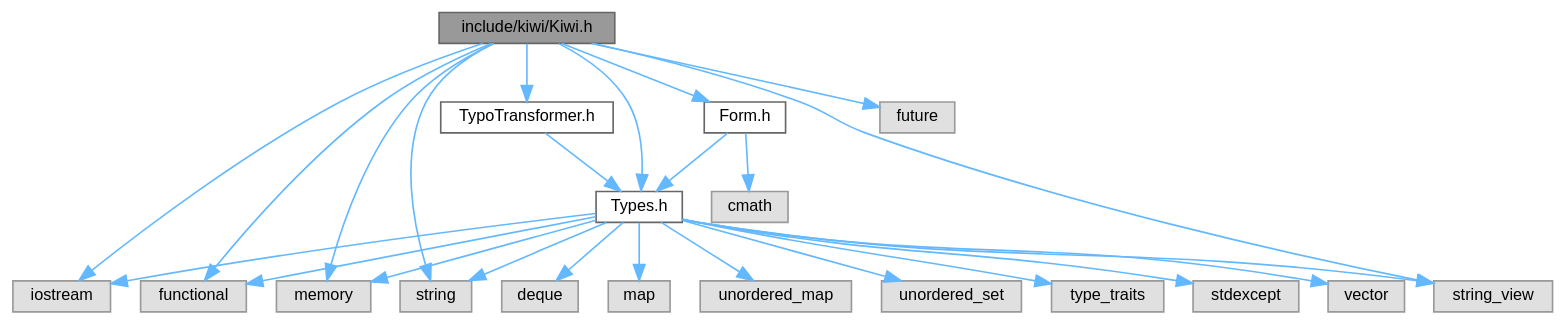
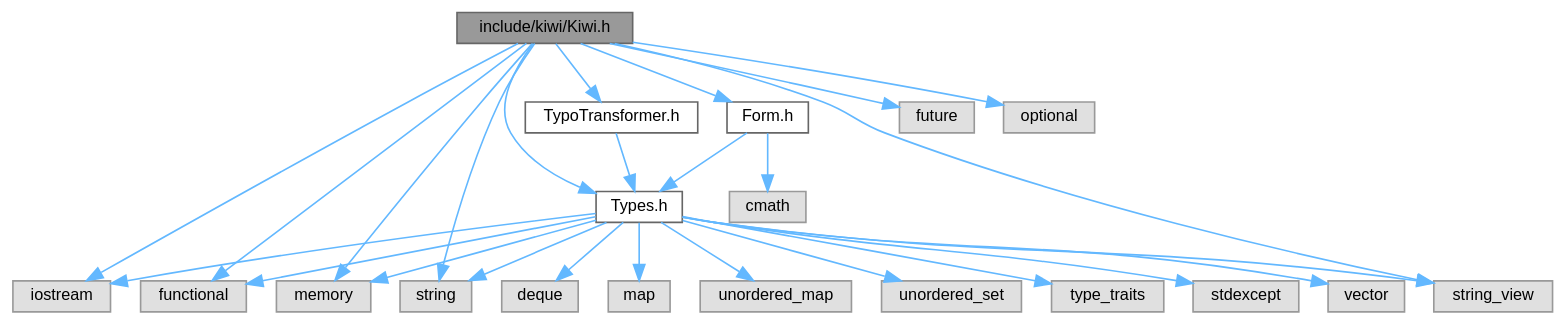
One commit to bab2min/Kiwi changed the diagram in Kiwi_8h__incl.dot. Above: the diagram before and after it, drawn with Graphviz. The commit also changed 150 other files, not shown here.

```diff
--- a/Kiwi_8h__incl.dot
+++ b/Kiwi_8h__incl.dot
@@ -1,49 +1,51 @@
 digraph "include/kiwi/Kiwi.h"
 {
  // LATEX_PDF_SIZE
   bgcolor="transparent";
   edge [fontname=Helvetica,fontsize=10,labelfontname=Helvetica,labelfontsize=10];
   node [fontname=Helvetica,fontsize=10,shape=box,height=0.2,width=0.4];
   Node1 [id="Node000001",label="include/kiwi/Kiwi.h",height=0.2,width=0.4,color="gray40", fillcolor="grey60", style="filled", fontcolor="black",tooltip="Kiwi C++ API를 담고 있는 헤더 파일"];
   Node1 -> Node2 [id="edge1_Node000001_Node000002",color="steelblue1",style="solid",tooltip=" "];
   Node2 [id="Node000002",label="iostream",height=0.2,width=0.4,color="grey60", fillcolor="#E0E0E0", style="filled",tooltip=" "];
   Node1 -> Node3 [id="edge2_Node000001_Node000003",color="steelblue1",style="solid",tooltip=" "];
   Node3 [id="Node000003",label="future",height=0.2,width=0.4,color="grey60", fillcolor="#E0E0E0", style="filled",tooltip=" "];
   Node1 -> Node4 [id="edge3_Node000001_Node000004",color="steelblue1",style="solid",tooltip=" "];
   Node4 [id="Node000004",label="functional",height=0.2,width=0.4,color="grey60", fillcolor="#E0E0E0", style="filled",tooltip=" "];
   Node1 -> Node5 [id="edge4_Node000001_Node000005",color="steelblue1",style="solid",tooltip=" "];
   Node5 [id="Node000005",label="memory",height=0.2,width=0.4,color="grey60", fillcolor="#E0E0E0", style="filled",tooltip=" "];
   Node1 -> Node6 [id="edge5_Node000001_Node000006",color="steelblue1",style="solid",tooltip=" "];
   Node6 [id="Node000006",label="string",height=0.2,width=0.4,color="grey60", fillcolor="#E0E0E0", style="filled",tooltip=" "];
   Node1 -> Node7 [id="edge6_Node000001_Node000007",color="steelblue1",style="solid",tooltip=" "];
   Node7 [id="Node000007",label="string_view",height=0.2,width=0.4,color="grey60", fillcolor="#E0E0E0", style="filled",tooltip=" "];
   Node1 -> Node8 [id="edge7_Node000001_Node000008",color="steelblue1",style="solid",tooltip=" "];
-  Node8 [id="Node000008",label="Types.h",height=0.2,width=0.4,color="grey40", fillcolor="white", style="filled",URL="$Types_8h.html",tooltip="Kiwi C++ API에 쓰이는 주요 타입들을 모아놓은 헤더 파일"];
-  Node8 -> Node9 [id="edge8_Node000008_Node000009",color="steelblue1",style="solid",tooltip=" "];
-  Node9 [id="Node000009",label="vector",height=0.2,width=0.4,color="grey60", fillcolor="#E0E0E0", style="filled",tooltip=" "];
-  Node8 -> Node10 [id="edge9_Node000008_Node000010",color="steelblue1",style="solid",tooltip=" "];
-  Node10 [id="Node000010",label="deque",height=0.2,width=0.4,color="grey60", fillcolor="#E0E0E0", style="filled",tooltip=" "];
-  Node8 -> Node11 [id="edge10_Node000008_Node000011",color="steelblue1",style="solid",tooltip=" "];
-  Node11 [id="Node000011",label="map",height=0.2,width=0.4,color="grey60", fillcolor="#E0E0E0", style="filled",tooltip=" "];
-  Node8 -> Node12 [id="edge11_Node000008_Node000012",color="steelblue1",style="solid",tooltip=" "];
-  Node12 [id="Node000012",label="unordered_map",height=0.2,width=0.4,color="grey60", fillcolor="#E0E0E0", style="filled",tooltip=" "];
-  Node8 -> Node13 [id="edge12_Node000008_Node000013",color="steelblue1",style="solid",tooltip=" "];
-  Node13 [id="Node000013",label="unordered_set",height=0.2,width=0.4,color="grey60", fillcolor="#E0E0E0", style="filled",tooltip=" "];
-  Node8 -> Node6 [id="edge13_Node000008_Node000006",color="steelblue1",style="solid",tooltip=" "];
-  Node8 -> Node7 [id="edge14_Node000008_Node000007",color="steelblue1",style="solid",tooltip=" "];
-  Node8 -> Node5 [id="edge15_Node000008_Node000005",color="steelblue1",style="solid",tooltip=" "];
-  Node8 -> Node14 [id="edge16_Node000008_Node000014",color="steelblue1",style="solid",tooltip=" "];
-  Node14 [id="Node000014",label="type_traits",height=0.2,width=0.4,color="grey60", fillcolor="#E0E0E0", style="filled",tooltip=" "];
-  Node8 -> Node4 [id="edge17_Node000008_Node000004",color="steelblue1",style="solid",tooltip=" "];
-  Node8 -> Node15 [id="edge18_Node000008_Node000015",color="steelblue1",style="solid",tooltip=" "];
-  Node15 [id="Node000015",label="stdexcept",height=0.2,width=0.4,color="grey60", fillcolor="#E0E0E0", style="filled",tooltip=" "];
-  Node8 -> Node2 [id="edge19_Node000008_Node000002",color="steelblue1",style="solid",tooltip=" "];
-  Node1 -> Node16 [id="edge20_Node000001_Node000016",color="steelblue1",style="solid",tooltip=" "];
-  Node16 [id="Node000016",label="Form.h",height=0.2,width=0.4,color="grey40", fillcolor="white", style="filled",URL="$Form_8h.html",tooltip="형태 및 형태소에 관한 정보를 담는 구조체들이 선언된 헤더"];
-  Node16 -> Node17 [id="edge21_Node000016_Node000017",color="steelblue1",style="solid",tooltip=" "];
-  Node17 [id="Node000017",label="cmath",height=0.2,width=0.4,color="grey60", fillcolor="#E0E0E0", style="filled",tooltip=" "];
-  Node16 -> Node8 [id="edge22_Node000016_Node000008",color="steelblue1",style="solid",tooltip=" "];
-  Node1 -> Node18 [id="edge23_Node000001_Node000018",color="steelblue1",style="solid",tooltip=" "];
-  Node18 [id="Node000018",label="TypoTransformer.h",height=0.2,width=0.4,color="grey40", fillcolor="white", style="filled",URL="$TypoTransformer_8h.html",tooltip="오타 교정에 사용되는 TypoTransformer 및 관련 클래스들을 정의합니다."];
-  Node18 -> Node8 [id="edge24_Node000018_Node000008",color="steelblue1",style="solid",tooltip=" "];
+  Node8 [id="Node000008",label="optional",height=0.2,width=0.4,color="grey60", fillcolor="#E0E0E0", style="filled",tooltip=" "];
+  Node1 -> Node9 [id="edge8_Node000001_Node000009",color="steelblue1",style="solid",tooltip=" "];
+  Node9 [id="Node000009",label="Types.h",height=0.2,width=0.4,color="grey40", fillcolor="white", style="filled",URL="$Types_8h.html",tooltip="Kiwi C++ API에 쓰이는 주요 타입들을 모아놓은 헤더 파일"];
+  Node9 -> Node10 [id="edge9_Node000009_Node000010",color="steelblue1",style="solid",tooltip=" "];
+  Node10 [id="Node000010",label="vector",height=0.2,width=0.4,color="grey60", fillcolor="#E0E0E0", style="filled",tooltip=" "];
+  Node9 -> Node11 [id="edge10_Node000009_Node000011",color="steelblue1",style="solid",tooltip=" "];
+  Node11 [id="Node000011",label="deque",height=0.2,width=0.4,color="grey60", fillcolor="#E0E0E0", style="filled",tooltip=" "];
+  Node9 -> Node12 [id="edge11_Node000009_Node000012",color="steelblue1",style="solid",tooltip=" "];
+  Node12 [id="Node000012",label="map",height=0.2,width=0.4,color="grey60", fillcolor="#E0E0E0", style="filled",tooltip=" "];
+  Node9 -> Node13 [id="edge12_Node000009_Node000013",color="steelblue1",style="solid",tooltip=" "];
+  Node13 [id="Node000013",label="unordered_map",height=0.2,width=0.4,color="grey60", fillcolor="#E0E0E0", style="filled",tooltip=" "];
+  Node9 -> Node14 [id="edge13_Node000009_Node000014",color="steelblue1",style="solid",tooltip=" "];
+  Node14 [id="Node000014",label="unordered_set",height=0.2,width=0.4,color="grey60", fillcolor="#E0E0E0", style="filled",tooltip=" "];
+  Node9 -> Node6 [id="edge14_Node000009_Node000006",color="steelblue1",style="solid",tooltip=" "];
+  Node9 -> Node7 [id="edge15_Node000009_Node000007",color="steelblue1",style="solid",tooltip=" "];
+  Node9 -> Node5 [id="edge16_Node000009_Node000005",color="steelblue1",style="solid",tooltip=" "];
+  Node9 -> Node15 [id="edge17_Node000009_Node000015",color="steelblue1",style="solid",tooltip=" "];
+  Node15 [id="Node000015",label="type_traits",height=0.2,width=0.4,color="grey60", fillcolor="#E0E0E0", style="filled",tooltip=" "];
+  Node9 -> Node4 [id="edge18_Node000009_Node000004",color="steelblue1",style="solid",tooltip=" "];
+  Node9 -> Node16 [id="edge19_Node000009_Node000016",color="steelblue1",style="solid",tooltip=" "];
+  Node16 [id="Node000016",label="stdexcept",height=0.2,width=0.4,color="grey60", fillcolor="#E0E0E0", style="filled",tooltip=" "];
+  Node9 -> Node2 [id="edge20_Node000009_Node000002",color="steelblue1",style="solid",tooltip=" "];
+  Node1 -> Node17 [id="edge21_Node000001_Node000017",color="steelblue1",style="solid",tooltip=" "];
+  Node17 [id="Node000017",label="Form.h",height=0.2,width=0.4,color="grey40", fillcolor="white", style="filled",URL="$Form_8h.html",tooltip="형태 및 형태소에 관한 정보를 담는 구조체들이 선언된 헤더"];
+  Node17 -> Node18 [id="edge22_Node000017_Node000018",color="steelblue1",style="solid",tooltip=" "];
+  Node18 [id="Node000018",label="cmath",height=0.2,width=0.4,color="grey60", fillcolor="#E0E0E0", style="filled",tooltip=" "];
+  Node17 -> Node9 [id="edge23_Node000017_Node000009",color="steelblue1",style="solid",tooltip=" "];
+  Node1 -> Node19 [id="edge24_Node000001_Node000019",color="steelblue1",style="solid",tooltip=" "];
+  Node19 [id="Node000019",label="TypoTransformer.h",height=0.2,width=0.4,color="grey40", fillcolor="white", style="filled",URL="$TypoTransformer_8h.html",tooltip="오타 교정에 사용되는 TypoTransformer 및 관련 클래스들을 정의합니다."];
+  Node19 -> Node9 [id="edge25_Node000019_Node000009",color="steelblue1",style="solid",tooltip=" "];
 }
```
